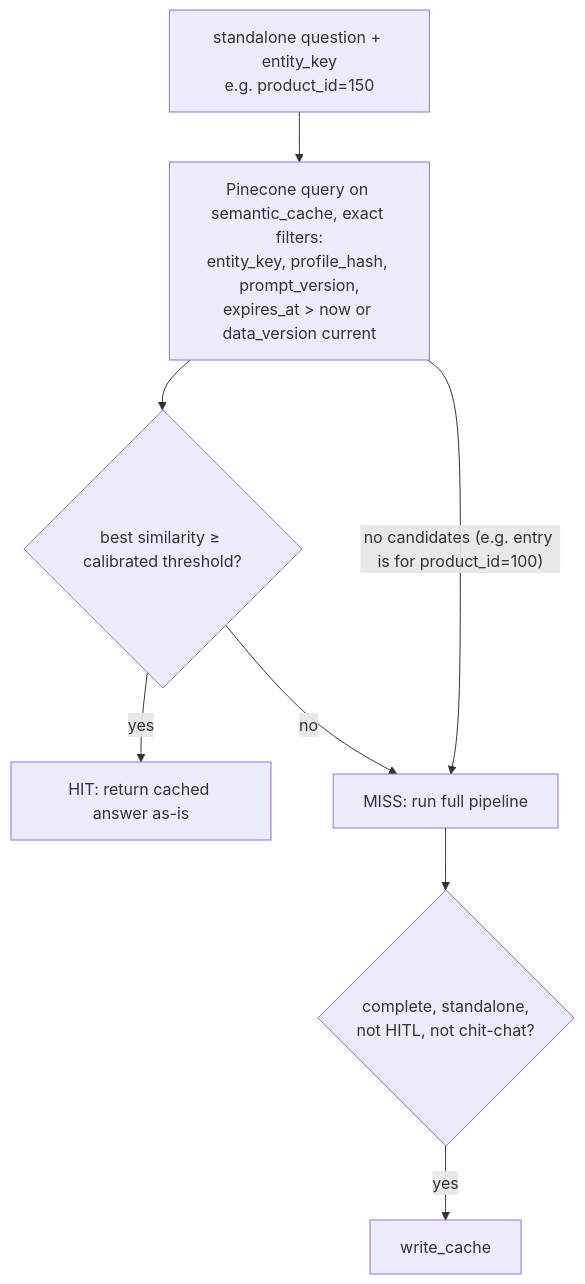
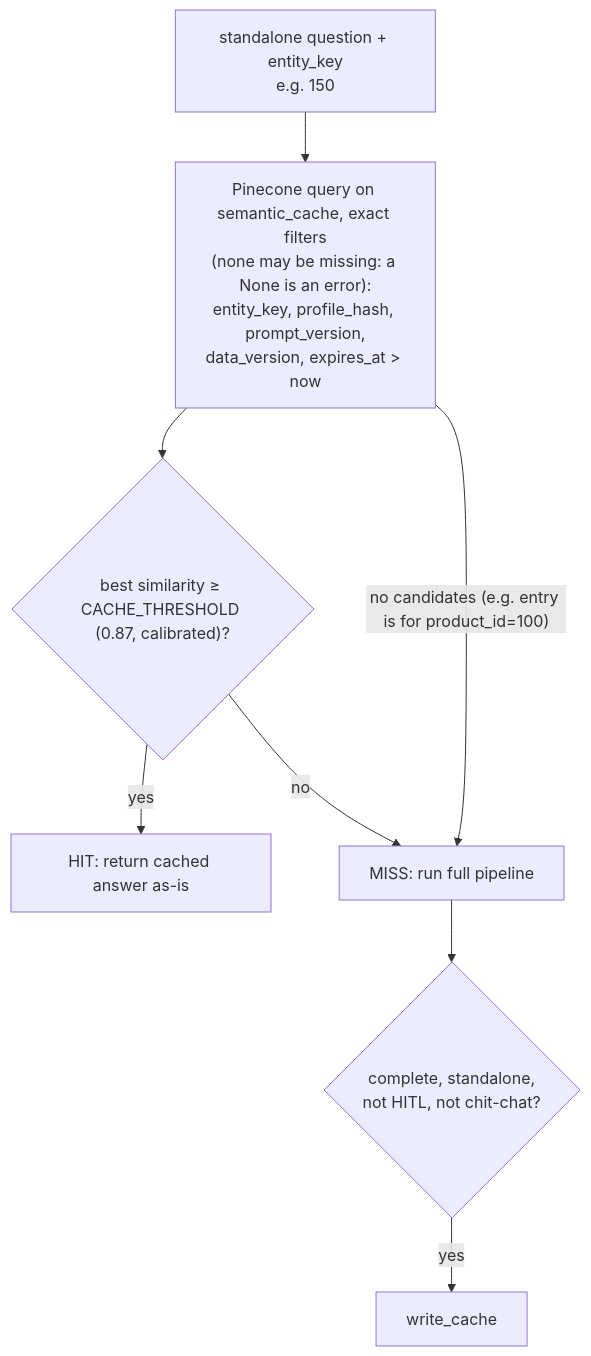
Diagram 16 of 21 in docs/architecture/hld_lld.md (SwatantraJain-02/multi_conversational_agentic_system), drawn with Mermaid before and after one commit. The commit also changed other lines of this file, not shown here.

First line of the commit message:
Update the architecture document to match what is built

````diff
--- a/docs/architecture/hld_lld.md
+++ b/docs/architecture/hld_lld.md
@@ -501,10 +518,10 @@
 ```mermaid
 flowchart TD
-    q["standalone question + entity_key<br/>e.g. product_id=150"] --> f["Pinecone query on semantic_cache, exact filters:<br/>entity_key, profile_hash, prompt_version,<br/>expires_at > now or data_version current"]
-    f --> s{"best similarity ≥ calibrated threshold?"}
+    q["standalone question + entity_key<br/>e.g. 150"] --> f["Pinecone query on semantic_cache, exact filters<br/>(none may be missing: a None is an error):<br/>entity_key, profile_hash, prompt_version,<br/>data_version, expires_at > now"]
+    f --> s{"best similarity ≥ CACHE_THRESHOLD (0.87, calibrated)?"}
     s -->|"yes"| hit["HIT: return cached answer as-is"]
     s -->|"no"| miss["MISS: run full pipeline"]
     f -->|"no candidates (e.g. entry is for product_id=100)"| miss
     miss --> el{"complete, standalone,<br/>not HITL, not chit-chat?"}
     el -->|"yes"| wr["write_cache"]
 ```
````
